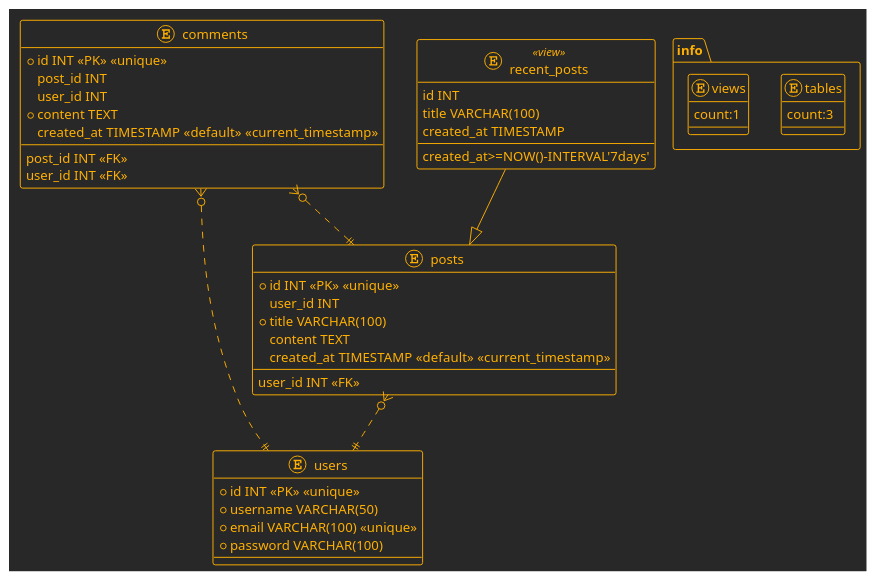
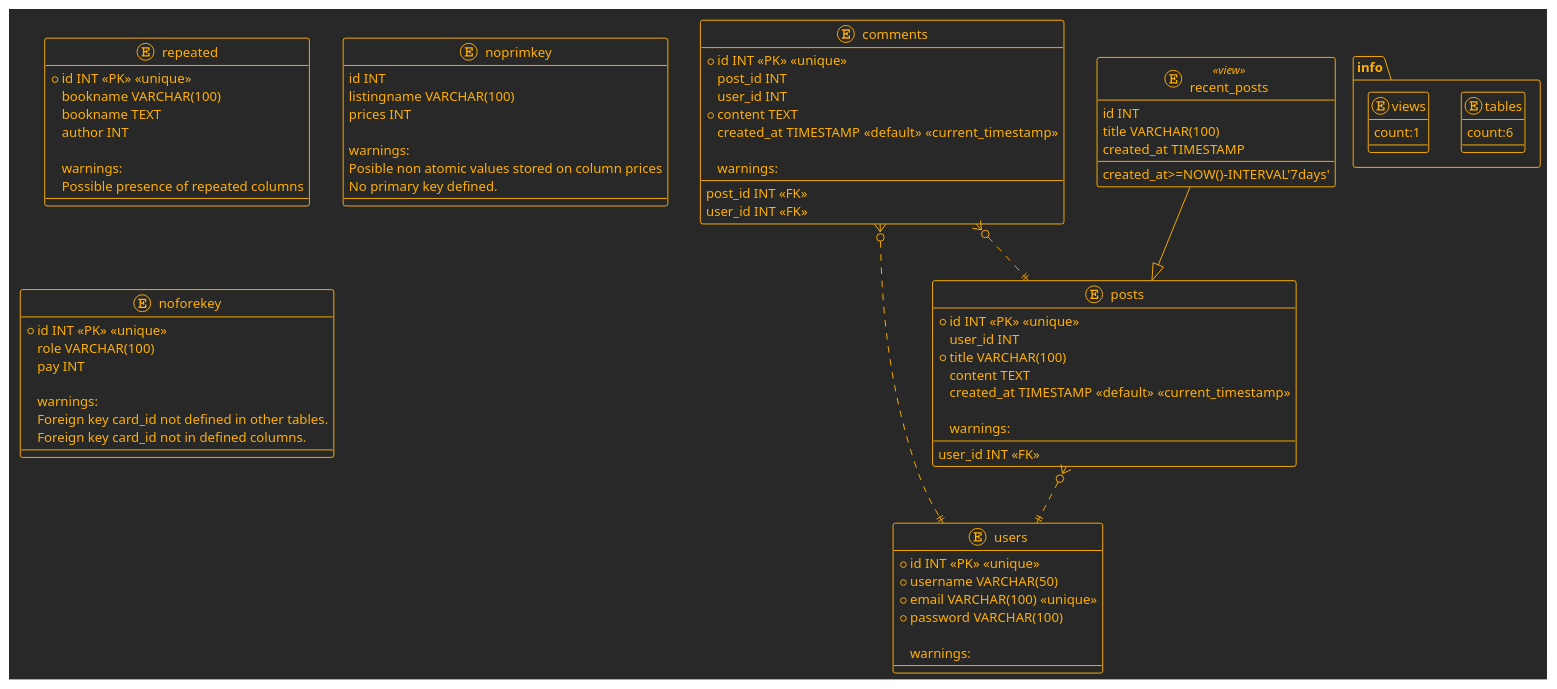
The diagram in output/outputdiagram.puml (jsromero98/ddl2umltranslator), drawn with PlantUML before and after one commit. The commit also changed 4 other files, not shown here.

Commit message:
added warnings in traduction and uml for explanation

```diff
--- a/output/outputdiagram.puml
+++ b/output/outputdiagram.puml
@@ -1,54 +1,93 @@
 @startuml 
  !theme crt-amber 
 entity users { 
 {field}* id INT << PK >> << unique >> 
 {field}* username VARCHAR(50) 
 {field}* email VARCHAR(100) << unique >>  
 {field}* password VARCHAR(100) 
+
+ warnings: 
 } 
  
  
 entity posts { 
 {field}* id INT << PK >> << unique >> 
 {field}user_id INT 
 {field}* title VARCHAR(100) 
 {field}content TEXT 
 {field}created_at TIMESTAMP << default >>  << current_timestamp >>  
 {method} user_id INT <<FK>> 
+
+ warnings: 
 } 
  
 posts }o..|| users 
  
 entity comments { 
 {field}* id INT << PK >> << unique >> 
 {field}post_id INT 
 {field}user_id INT 
 {field}* content TEXT 
 {field}created_at TIMESTAMP << default >>  << current_timestamp >>  
 {method} post_id INT <<FK>> 
 {method} user_id INT <<FK>> 
+
+ warnings: 
 } 
  
 comments }o..|| posts 
 comments }o..|| users 
+ 
+entity repeated { 
+{field}* id INT << PK >> << unique >> 
+{field}bookname VARCHAR(100) 
+{field}bookname TEXT 
+{field}author INT 
+
+ warnings: 
+Possible presence of repeated columns 
+} 
+ 
+ 
+entity noprimkey { 
+{field}id INT 
+{field}listingname VARCHAR(100) 
+{field}prices INT 
+
+ warnings: 
+Posible non atomic values stored on column prices 
+No primary key defined. 
+} 
+ 
+ 
+entity noforekey { 
+{field}* id INT << PK >> << unique >> 
+{field}role VARCHAR(100) 
+{field}pay INT 
+
+ warnings: 
+Foreign key card_id not defined in other tables. 
+Foreign key card_id not in defined columns. 
+} 
+ 
  
 entity recent_posts << view >> { 
 {field} id INT 
 {field} title VARCHAR(100) 
 {field} created_at TIMESTAMP 
 {method} created_at>=NOW()-INTERVAL'7days' 
 } 
  
  recent_posts --|> posts 
 
 
  package info { 
 entity tables{ 
- {field} count:3
+ {field} count:6
 }
 entity views{ 
  {field} count:1
 }
 }
 
  @enduml
```
